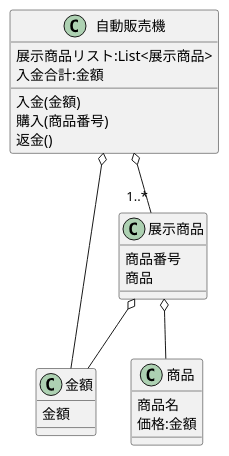
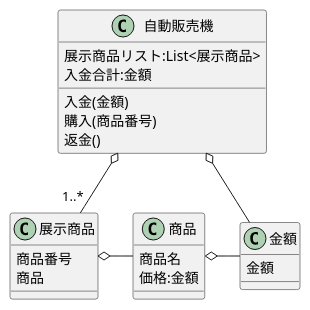
One commit to TakashiOnawa/ModelingPractice-VendingMachine changed the diagram in modeling/DomainModel.md. Above: the diagram before and after it, drawn with PlantUML.

Commit message:
シンプルに考えた。

````diff
--- a/modeling/DomainModel.md
+++ b/modeling/DomainModel.md
@@ -1,34 +1,34 @@
 ```puml
 @startuml
 class 自動販売機
 {
     展示商品リスト:List<展示商品>
     入金合計:金額
     入金(金額)
     購入(商品番号)
     返金()
 }
 
 class 展示商品
 {
     商品番号
     商品
 }
 
 class 商品
 {
     商品名
     価格:金額
 }
 
 class 金額
 {
     金額
 }
 
 自動販売機 o-- "1..*" 展示商品
 自動販売機 o- 金額
-展示商品 o-- 商品
-展示商品 o-- 金額
+展示商品 o- 商品
+商品 o- 金額
 @enduml
 ```
````
